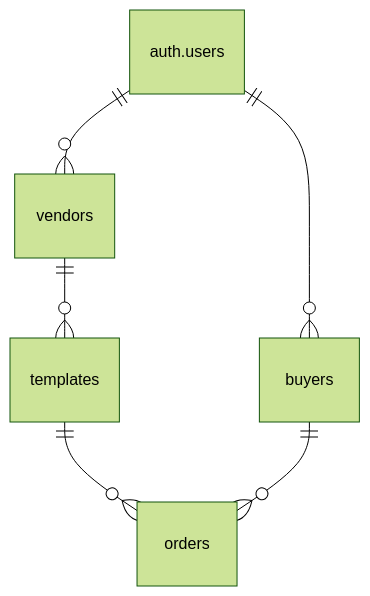
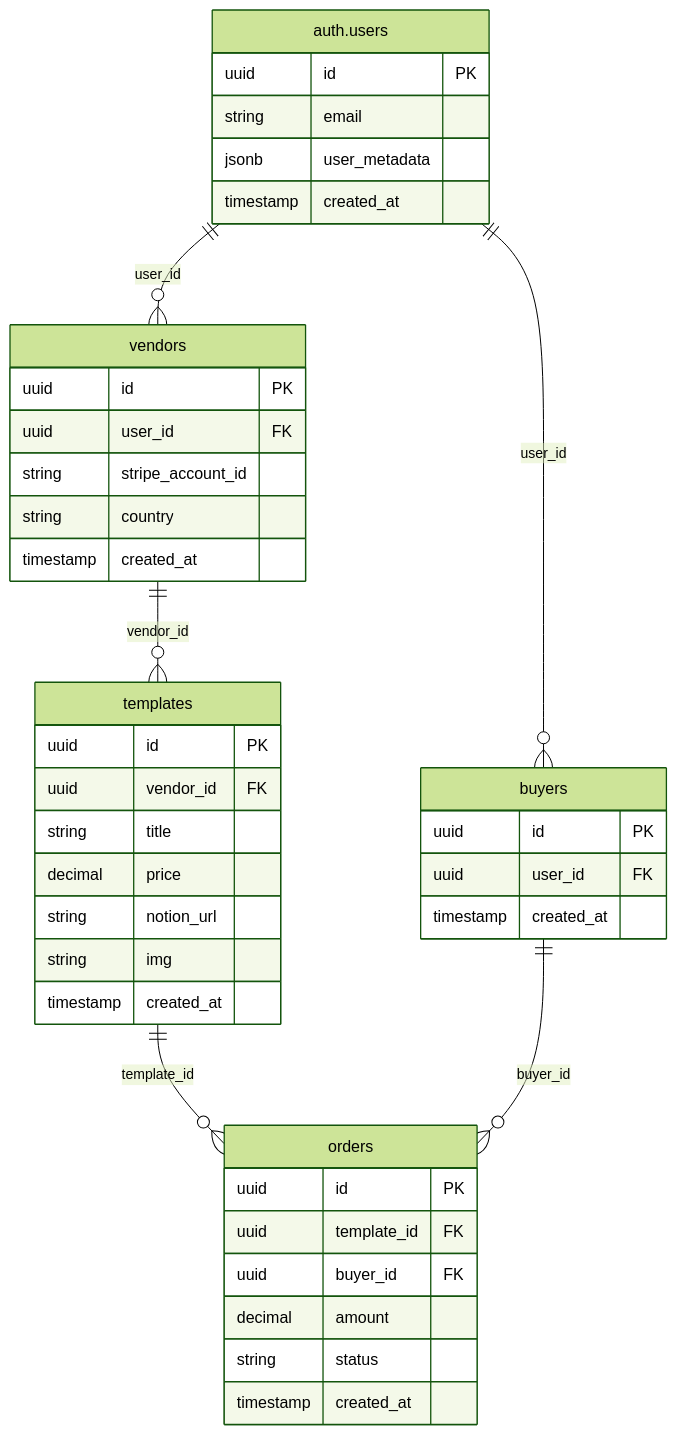
One commit to AntonioCoppe/notion-template-shop changed the diagram in README.md. Above: the diagram before and after it, drawn with Mermaid (forest theme). The commit also changed other lines of this file, not shown here.

````diff
--- a/README.md
+++ b/README.md
@@ -65,8 +65,48 @@
 ```mermaid
 erDiagram
-  auth.users ||--o{ vendors : ""
-  auth.users ||--o{ buyers : ""
-  vendors ||--o{ templates : ""
-  templates ||--o{ orders : ""
-  buyers ||--o{ orders : ""
+    auth.users {
+        uuid id PK
+        string email
+        jsonb user_metadata
+        timestamp created_at
+    }
+    
+    vendors {
+        uuid id PK
+        uuid user_id FK
+        string stripe_account_id
+        string country
+        timestamp created_at
+    }
+    
+    buyers {
+        uuid id PK
+        uuid user_id FK
+        timestamp created_at
+    }
+    
+    templates {
+        uuid id PK
+        uuid vendor_id FK
+        string title
+        decimal price
+        string notion_url
+        string img
+        timestamp created_at
+    }
+    
+    orders {
+        uuid id PK
+        uuid template_id FK
+        uuid buyer_id FK
+        decimal amount
+        string status
+        timestamp created_at
+    }
+
+    auth.users ||--o{ vendors : "user_id"
+    auth.users ||--o{ buyers : "user_id"
+    vendors ||--o{ templates : "vendor_id"
+    templates ||--o{ orders : "template_id"
+    buyers ||--o{ orders : "buyer_id"
 ```
````
